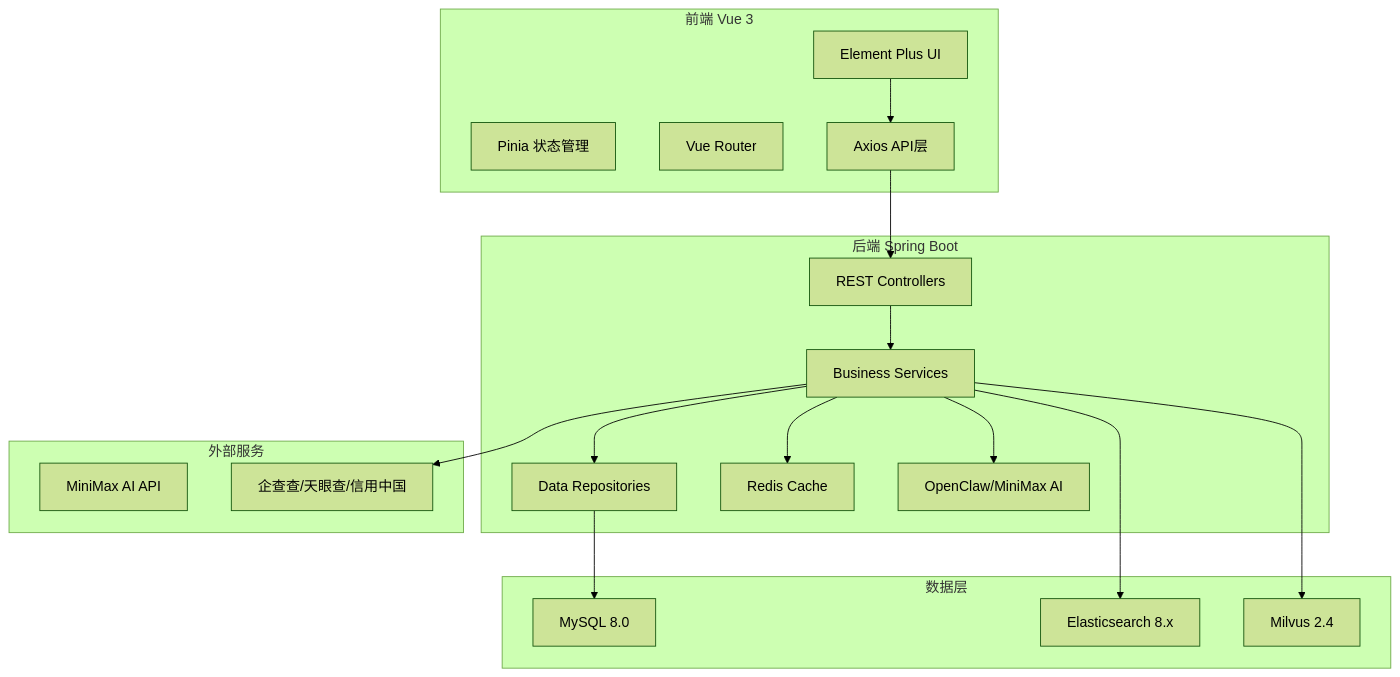
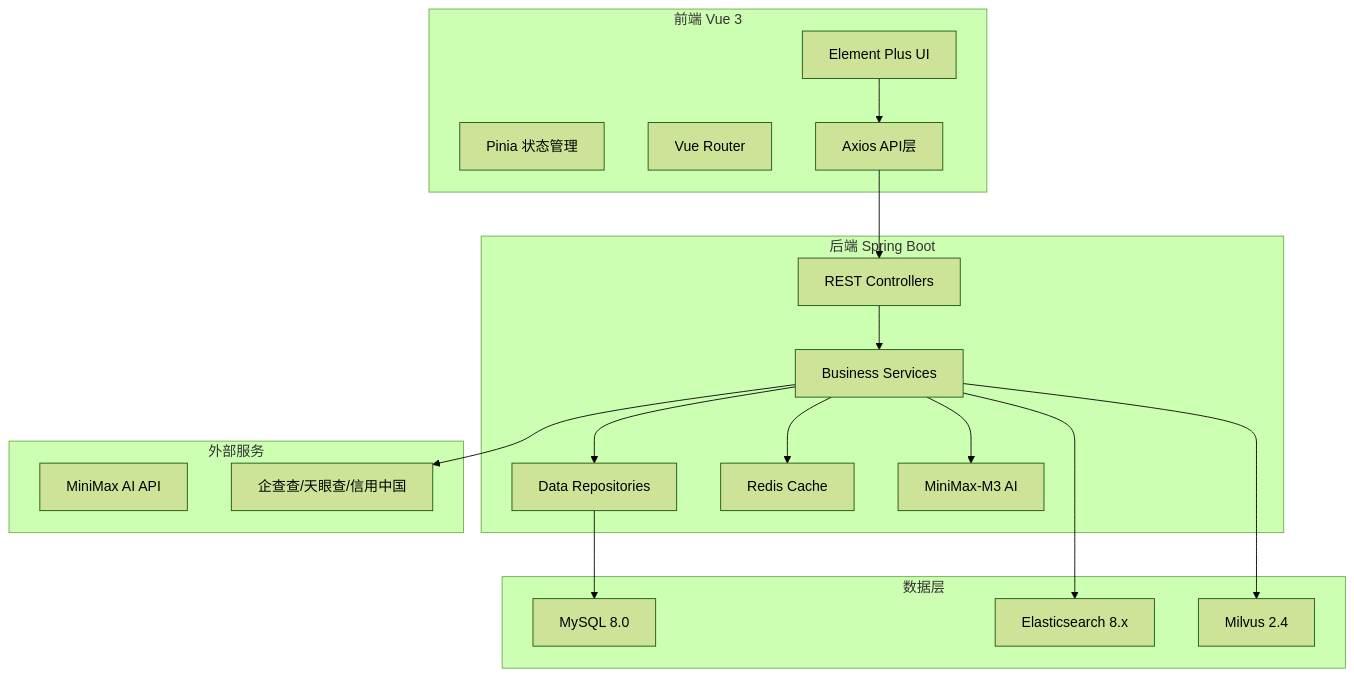
One commit to YUGUO-YU/legal-ai-assistant changed the first of 3 diagrams in legal-ai-assistant/.monkeycode/docs/ARCHITECTURE.md. Above: the diagram before and after it, drawn with Mermaid (forest theme). The commit also changed other lines of this file and 16 other files, not shown here.

Commit message:
refactor: 彻底移除 OpenClaw，精简 Dashboard 状态灯为二态(在线/离线) Co-authored-by: monkeycode-ai <monkeycode-ai@chaitin.com>

````diff
--- a/legal-ai-assistant/.monkeycode/docs/ARCHITECTURE.md
+++ b/legal-ai-assistant/.monkeycode/docs/ARCHITECTURE.md
@@ -5,39 +5,39 @@
 ```mermaid
 graph TB
     subgraph Frontend["前端 Vue 3"]
         UI["Element Plus UI"]
         Store["Pinia 状态管理"]
         Router["Vue Router"]
         Api["Axios API层"]
     end
 
     subgraph Backend["后端 Spring Boot"]
         Controller["REST Controllers"]
         Service["Business Services"]
         Repository["Data Repositories"]
         Cache["Redis Cache"]
-        AI["OpenClaw/MiniMax AI"]
+        AI["MiniMax-M3 AI"]
     end
 
     subgraph DataLayer["数据层"]
         MySQL["MySQL 8.0"]
         ES["Elasticsearch 8.x"]
         Milvus["Milvus 2.4"]
     end
 
     subgraph External["外部服务"]
         MiniMax["MiniMax AI API"]
         ThirdParty["企查查/天眼查/信用中国"]
     end
 
     UI --> Api
     Api --> Controller
     Controller --> Service
     Service --> Repository
     Service --> Cache
     Repository --> MySQL
     Service --> ES
     Service --> Milvus
     Service --> AI
     Service --> ThirdParty
 ```
````
